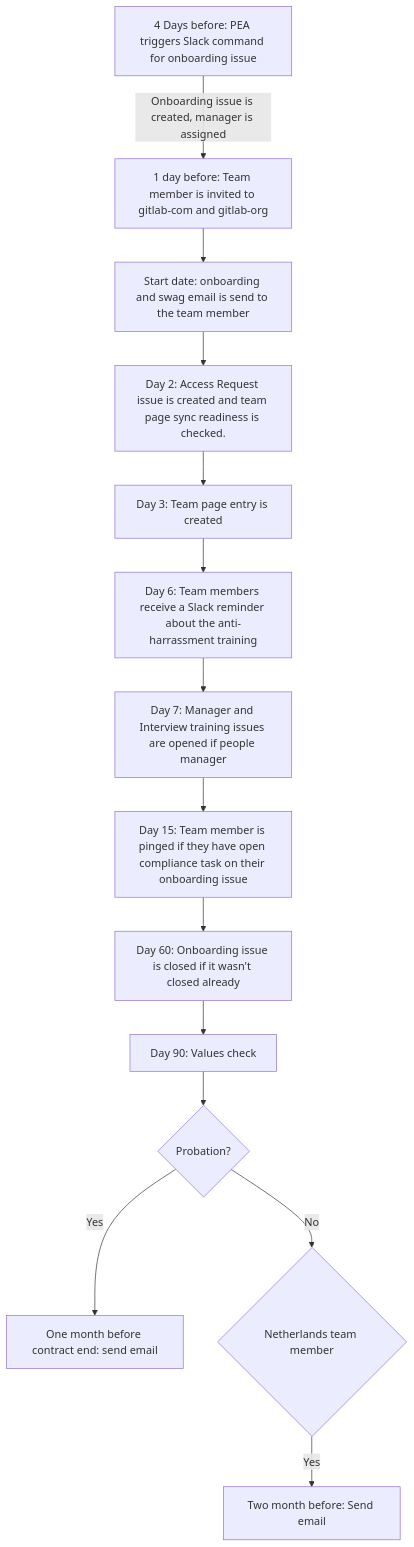
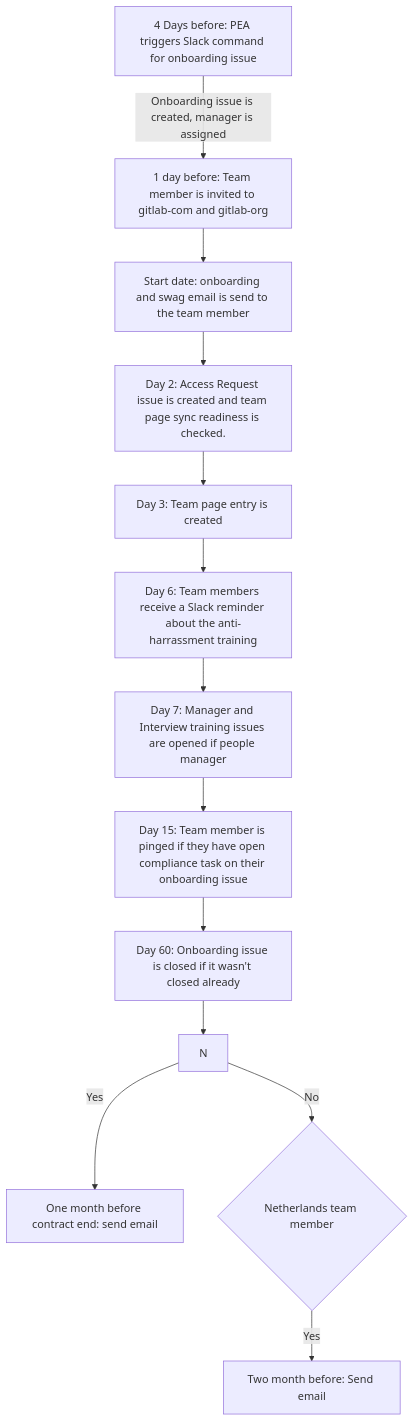
The first of 2 diagrams in people-group/engineering/onboarding/index.html.md (secretstartups/handbook), drawn with Mermaid before and after one commit. The commit also changed other lines of this file, not shown here.

Commit message:
Deleting values check in from People Engineering HB page

````diff
--- a/people-group/engineering/onboarding/index.html.md
+++ b/people-group/engineering/onboarding/index.html.md
@@ -26,16 +26,15 @@
 ```mermaid
 graph TD
   A[4 Days before: PEA triggers Slack command for onboarding issue] -->|Onboarding issue is created, manager is assigned| K
   K[1 day before: Team member is invited to gitlab-com and gitlab-org] --> I
   I[Start date: onboarding and swag email is send to the team member] --> C
   C[Day 2: Access Request issue is created and team page sync readiness is checked.] --> CA
   CA[Day 3: Team page entry is created] --> E
   E[Day 6: Team members receive a Slack reminder about the anti-harrassment training] --> J
   J[Day 7: Manager and Interview training issues are opened if people manager] --> L
   L[Day 15: Team member is pinged if they have open compliance task on their onboarding issue] --> F
   F[Day 60: Onboarding issue is closed if it wasn't closed already] --> N
-  N[Day 90: Values check] --> O{Probation?}
-  O -->|Yes| D[One month before contract end: send email]
-  O --> |No| B{Netherlands team member}
+  N -->|Yes| D[One month before contract end: send email]
+  N --> |No| B{Netherlands team member}
   B --> |Yes| G[Two month before: Send email]
 ```
````
